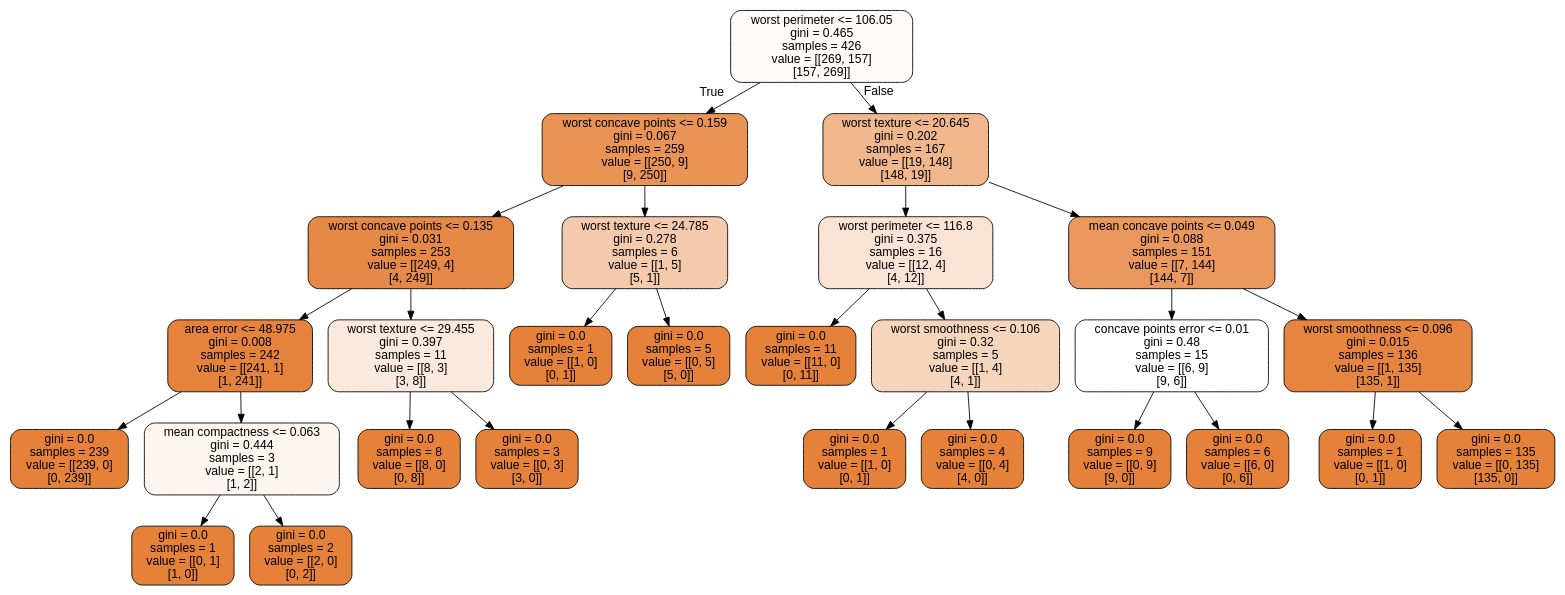
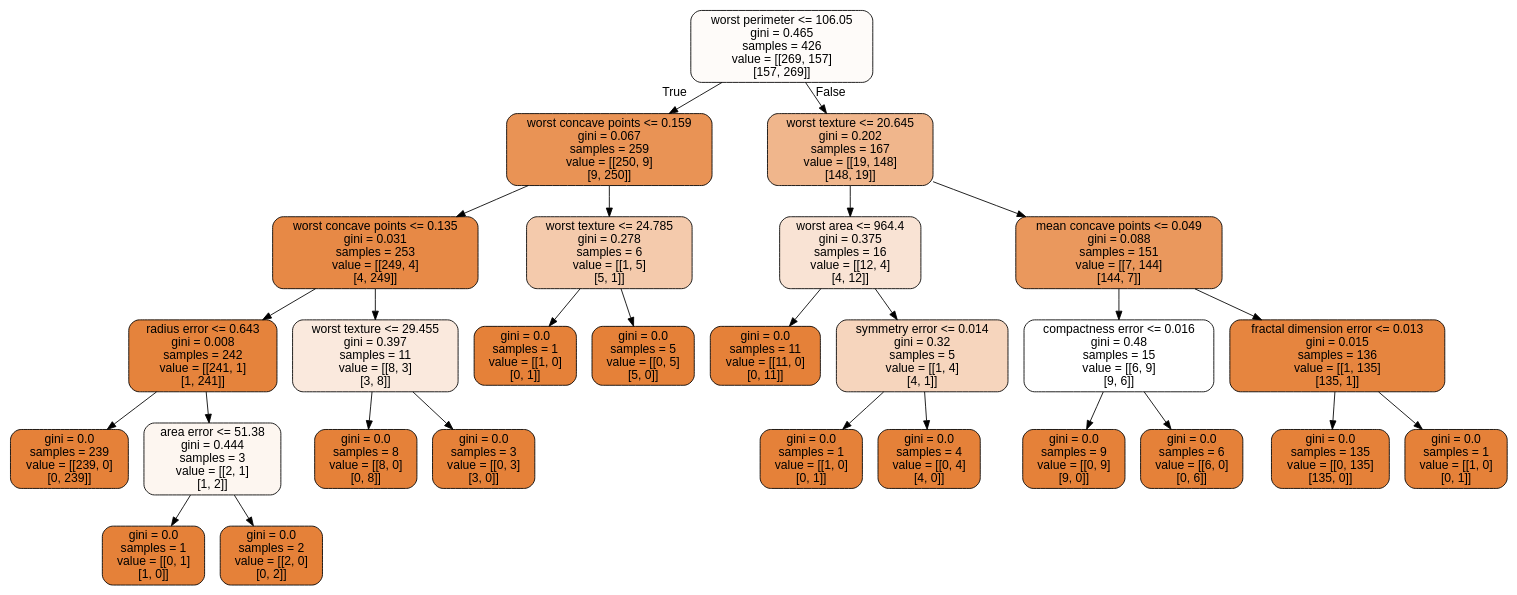
The diagram in doc/LectureNotes/DataFiles/cancer.dot (CompPhysics/MachineLearning), drawn with Graphviz before and after one commit. The commit also changed 94 other files, not shown here.

```diff
--- a/doc/LectureNotes/DataFiles/cancer.dot
+++ b/doc/LectureNotes/DataFiles/cancer.dot
@@ -1,57 +1,57 @@
 digraph Tree {
 node [shape=box, style="filled, rounded", color="black", fontname="helvetica"] ;
 edge [fontname="helvetica"] ;
 0 [label="worst perimeter <= 106.05\ngini = 0.465\nsamples = 426\nvalue = [[269, 157]\n[157, 269]]", fillcolor="#fefbf9"] ;
 1 [label="worst concave points <= 0.159\ngini = 0.067\nsamples = 259\nvalue = [[250, 9]\n[9, 250]]", fillcolor="#e99355"] ;
 0 -> 1 [labeldistance=2.5, labelangle=45, headlabel="True"] ;
 2 [label="worst concave points <= 0.135\ngini = 0.031\nsamples = 253\nvalue = [[249, 4]\n[4, 249]]", fillcolor="#e78946"] ;
 1 -> 2 ;
-3 [label="area error <= 48.975\ngini = 0.008\nsamples = 242\nvalue = [[241, 1]\n[1, 241]]", fillcolor="#e5833c"] ;
+3 [label="radius error <= 0.643\ngini = 0.008\nsamples = 242\nvalue = [[241, 1]\n[1, 241]]", fillcolor="#e5833c"] ;
 2 -> 3 ;
 4 [label="gini = 0.0\nsamples = 239\nvalue = [[239, 0]\n[0, 239]]", fillcolor="#e58139"] ;
 3 -> 4 ;
-5 [label="mean compactness <= 0.063\ngini = 0.444\nsamples = 3\nvalue = [[2, 1]\n[1, 2]]", fillcolor="#fdf6f0"] ;
+5 [label="area error <= 51.38\ngini = 0.444\nsamples = 3\nvalue = [[2, 1]\n[1, 2]]", fillcolor="#fdf6f0"] ;
 3 -> 5 ;
 6 [label="gini = 0.0\nsamples = 1\nvalue = [[0, 1]\n[1, 0]]", fillcolor="#e58139"] ;
 5 -> 6 ;
 7 [label="gini = 0.0\nsamples = 2\nvalue = [[2, 0]\n[0, 2]]", fillcolor="#e58139"] ;
 5 -> 7 ;
 8 [label="worst texture <= 29.455\ngini = 0.397\nsamples = 11\nvalue = [[8, 3]\n[3, 8]]", fillcolor="#fae9dd"] ;
 2 -> 8 ;
 9 [label="gini = 0.0\nsamples = 8\nvalue = [[8, 0]\n[0, 8]]", fillcolor="#e58139"] ;
 8 -> 9 ;
 10 [label="gini = 0.0\nsamples = 3\nvalue = [[0, 3]\n[3, 0]]", fillcolor="#e58139"] ;
 8 -> 10 ;
 11 [label="worst texture <= 24.785\ngini = 0.278\nsamples = 6\nvalue = [[1, 5]\n[5, 1]]", fillcolor="#f4caac"] ;
 1 -> 11 ;
 12 [label="gini = 0.0\nsamples = 1\nvalue = [[1, 0]\n[0, 1]]", fillcolor="#e58139"] ;
 11 -> 12 ;
 13 [label="gini = 0.0\nsamples = 5\nvalue = [[0, 5]\n[5, 0]]", fillcolor="#e58139"] ;
 11 -> 13 ;
 14 [label="worst texture <= 20.645\ngini = 0.202\nsamples = 167\nvalue = [[19, 148]\n[148, 19]]", fillcolor="#f0b68c"] ;
 0 -> 14 [labeldistance=2.5, labelangle=-45, headlabel="False"] ;
-15 [label="worst perimeter <= 116.8\ngini = 0.375\nsamples = 16\nvalue = [[12, 4]\n[4, 12]]", fillcolor="#f9e3d4"] ;
+15 [label="worst area <= 964.4\ngini = 0.375\nsamples = 16\nvalue = [[12, 4]\n[4, 12]]", fillcolor="#f9e3d4"] ;
 14 -> 15 ;
 16 [label="gini = 0.0\nsamples = 11\nvalue = [[11, 0]\n[0, 11]]", fillcolor="#e58139"] ;
 15 -> 16 ;
-17 [label="worst smoothness <= 0.106\ngini = 0.32\nsamples = 5\nvalue = [[1, 4]\n[4, 1]]", fillcolor="#f6d5bd"] ;
+17 [label="symmetry error <= 0.014\ngini = 0.32\nsamples = 5\nvalue = [[1, 4]\n[4, 1]]", fillcolor="#f6d5bd"] ;
 15 -> 17 ;
 18 [label="gini = 0.0\nsamples = 1\nvalue = [[1, 0]\n[0, 1]]", fillcolor="#e58139"] ;
 17 -> 18 ;
 19 [label="gini = 0.0\nsamples = 4\nvalue = [[0, 4]\n[4, 0]]", fillcolor="#e58139"] ;
 17 -> 19 ;
 20 [label="mean concave points <= 0.049\ngini = 0.088\nsamples = 151\nvalue = [[7, 144]\n[144, 7]]", fillcolor="#ea985d"] ;
 14 -> 20 ;
-21 [label="concave points error <= 0.01\ngini = 0.48\nsamples = 15\nvalue = [[6, 9]\n[9, 6]]", fillcolor="#ffffff"] ;
+21 [label="compactness error <= 0.016\ngini = 0.48\nsamples = 15\nvalue = [[6, 9]\n[9, 6]]", fillcolor="#ffffff"] ;
 20 -> 21 ;
 22 [label="gini = 0.0\nsamples = 9\nvalue = [[0, 9]\n[9, 0]]", fillcolor="#e58139"] ;
 21 -> 22 ;
 23 [label="gini = 0.0\nsamples = 6\nvalue = [[6, 0]\n[0, 6]]", fillcolor="#e58139"] ;
 21 -> 23 ;
-24 [label="worst smoothness <= 0.096\ngini = 0.015\nsamples = 136\nvalue = [[1, 135]\n[135, 1]]", fillcolor="#e6853f"] ;
+24 [label="fractal dimension error <= 0.013\ngini = 0.015\nsamples = 136\nvalue = [[1, 135]\n[135, 1]]", fillcolor="#e6853f"] ;
 20 -> 24 ;
-25 [label="gini = 0.0\nsamples = 1\nvalue = [[1, 0]\n[0, 1]]", fillcolor="#e58139"] ;
+25 [label="gini = 0.0\nsamples = 135\nvalue = [[0, 135]\n[135, 0]]", fillcolor="#e58139"] ;
 24 -> 25 ;
-26 [label="gini = 0.0\nsamples = 135\nvalue = [[0, 135]\n[135, 0]]", fillcolor="#e58139"] ;
+26 [label="gini = 0.0\nsamples = 1\nvalue = [[1, 0]\n[0, 1]]", fillcolor="#e58139"] ;
 24 -> 26 ;
 }
```
